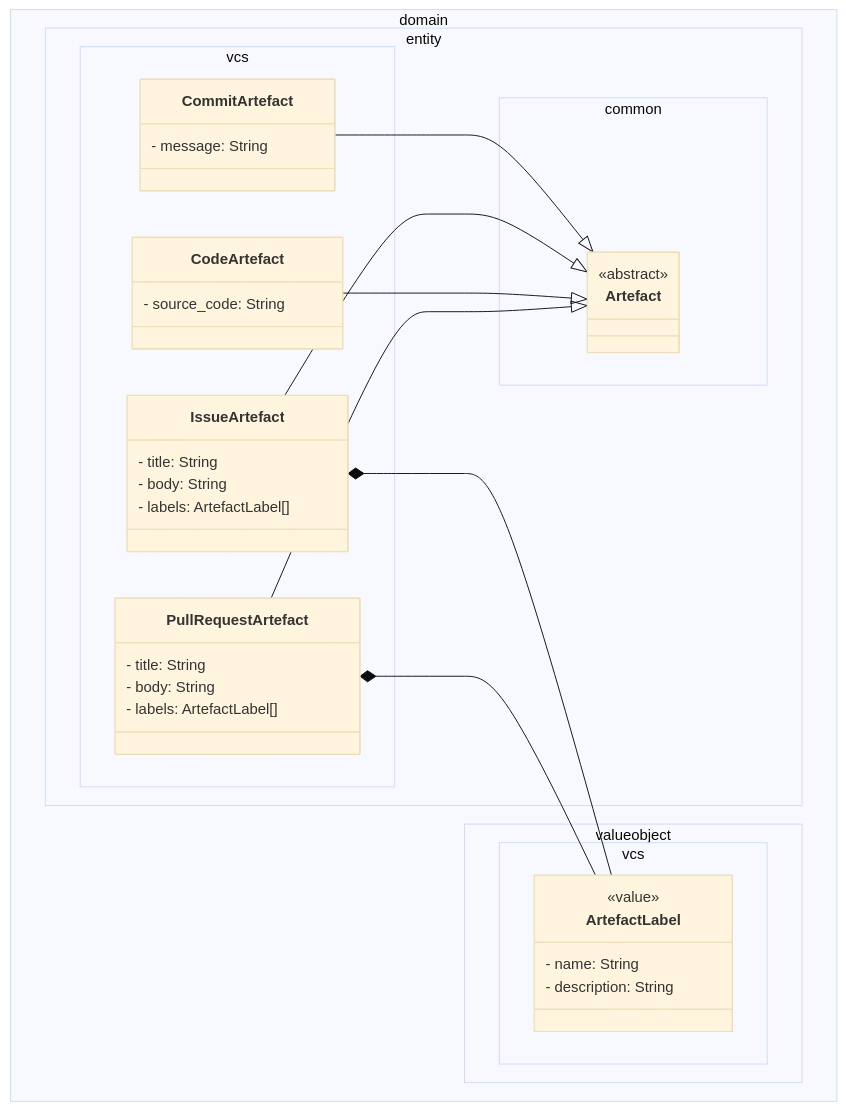
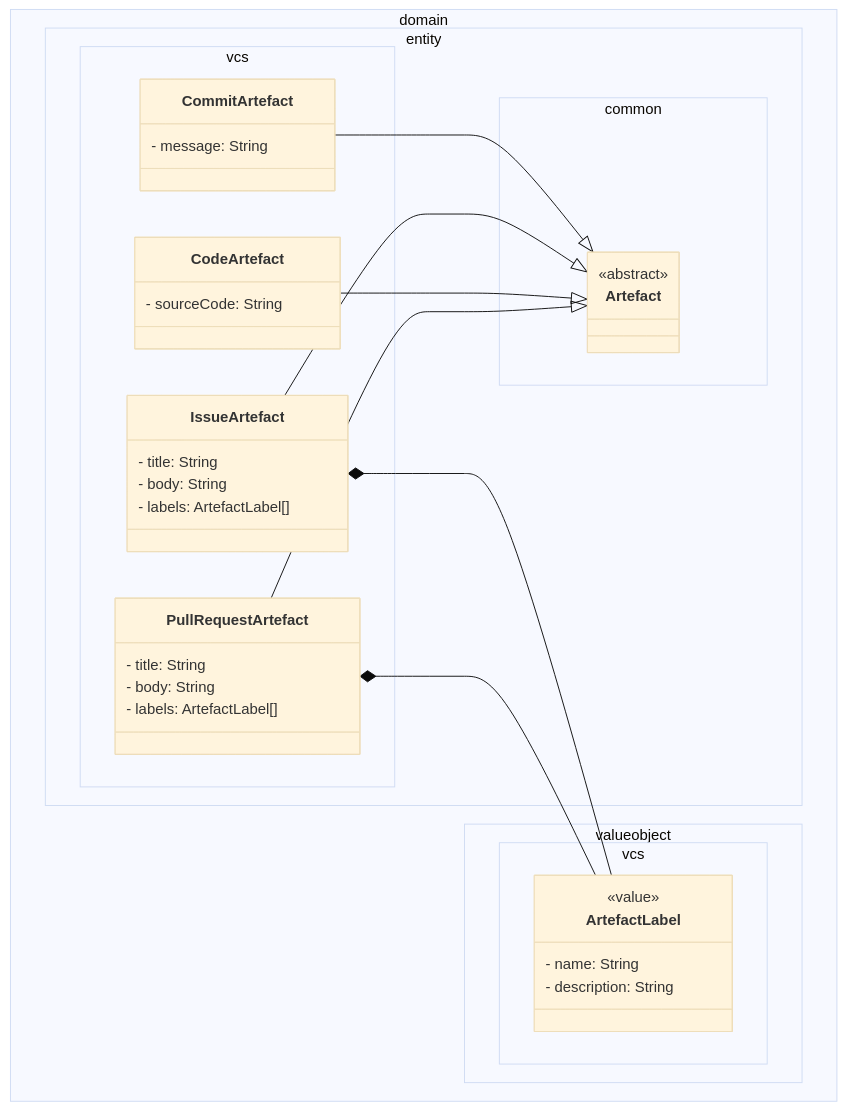
The first of 2 diagrams in docs/entities.md (BHarris02/SASD-Detection-Tool), drawn with Mermaid (base theme) before and after one commit.

````diff
--- a/docs/entities.md
+++ b/docs/entities.md
@@ -5,47 +5,47 @@
 ```mermaid
 classDiagram
     namespace domain.entity.common {
         class Artefact {
             <<abstract>>
         }
     }
 
     namespace domain.entity.vcs {
         class CommitArtefact {
             - message: String
         }
 
         class IssueArtefact {
             - title: String
             - body: String
             - labels: ArtefactLabel[]
         }
 
         class CodeArtefact {
-            - source_code: String
+            - sourceCode: String
         }
 
         class PullRequestArtefact {
             - title: String
             - body: String
             - labels: ArtefactLabel[]
         }
     }
 
     namespace domain.valueobject.vcs {
         class ArtefactLabel {
             <<value>>
             - name: String
             - description: String
         }
     }
 
 CommitArtefact --|> Artefact
 IssueArtefact --|> Artefact
 CodeArtefact --|> Artefact
 PullRequestArtefact --|> Artefact
 
 IssueArtefact *-- ArtefactLabel
 PullRequestArtefact *-- ArtefactLabel
 
 ```
````
